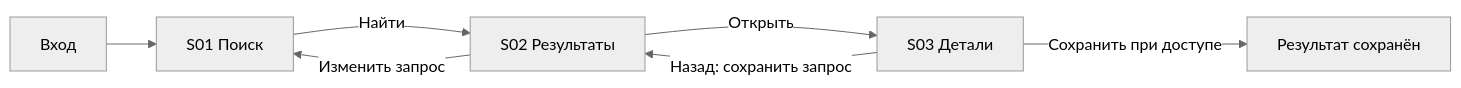
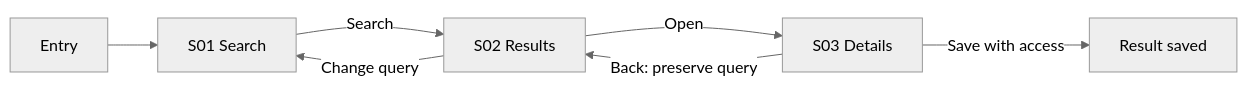
The first of 4 diagrams in docs/ux/diagrams.md (zxc0zxc0zxc/palarran-framework), drawn with Mermaid (neutral theme) before and after one commit. The commit also changed other lines of this file and 783 other files, not shown here.

````diff
--- a/docs/ux/diagrams.md
+++ b/docs/ux/diagrams.md
@@ -17,9 +17,9 @@
 ```mermaid
 flowchart LR
-  E[Вход] --> S01[S01 Поиск]
-  S01 -->|Найти| S02[S02 Результаты]
-  S02 -->|Открыть| S03[S03 Детали]
-  S03 -->|Назад: сохранить запрос| S02
-  S02 -->|Изменить запрос| S01
-  S03 -->|Сохранить при доступе| END[Результат сохранён]
+  E[Entry] --> S01[S01 Search]
+  S01 -->|Search| S02[S02 Results]
+  S02 -->|Open| S03[S03 Details]
+  S03 -->|Back: preserve query| S02
+  S02 -->|Change query| S01
+  S03 -->|Save with access| END[Result saved]
 ```
````
